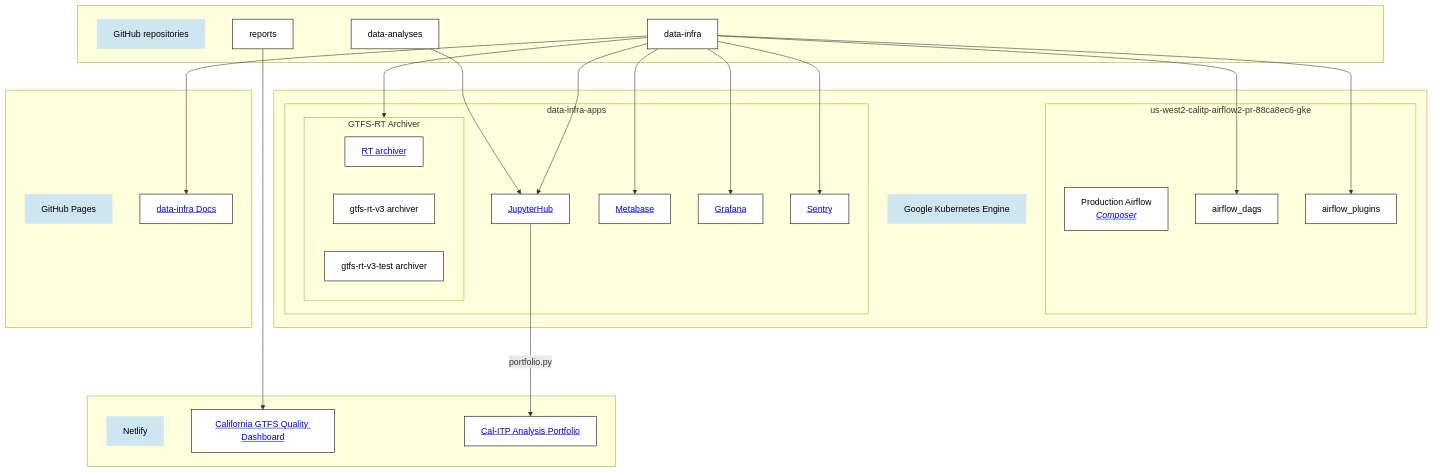
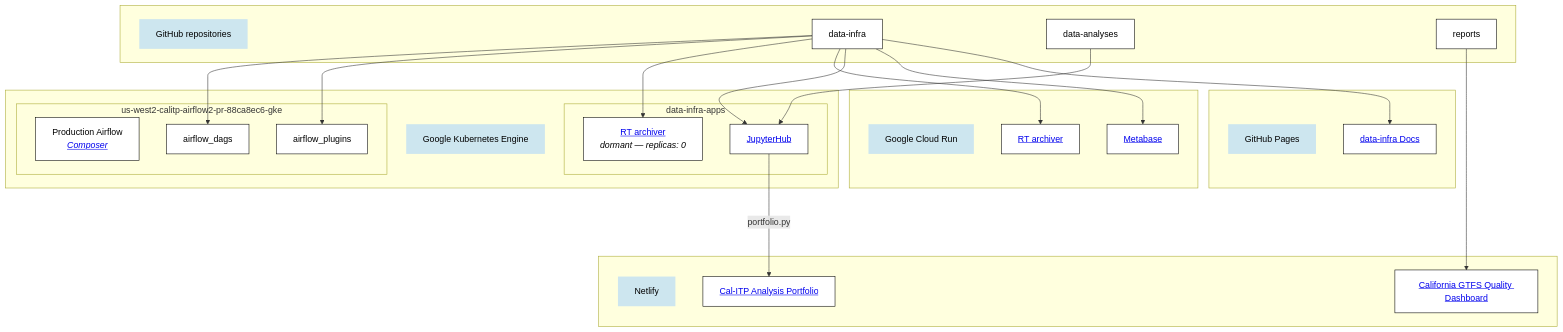
One commit to cal-itp/data-infra changed the diagram in docs/architecture/services.md. Above: the diagram before and after it, drawn with Mermaid. The commit also changed other lines of this file and 12 other files, not shown here.

````diff
--- a/docs/architecture/services.md
+++ b/docs/architecture/services.md
@@ -26,57 +24,55 @@
 ```{mermaid}
 flowchart TD
 %% note that you seemingly cannot have a subgraph that only contains other subgraphs
 %% so I am using "label" nodes to make sure each subgraph has at least one direct child
     subgraph repos[ ]
         repos_label[GitHub repositories]
         data_infra_repo[data-infra]
         data_analyses_repo[data-analyses]
         reports_repo[reports]
     end
     subgraph kubernetes[ ]
         kubernetes_label[Google Kubernetes Engine]
         subgraph airflow[us-west2-calitp-airflow2-pr-88ca8ec6-gke]
             airflow_label[Production Airflow <br><i><a href='https://console.cloud.google.com/composer/environments?project=cal-itp-data-infra&supportedpurview=project'>Composer</a></i>]
             airflow_dags
             airflow_plugins
         end
         subgraph data_infra_apps_cluster[data-infra-apps]
-            subgraph rt_archiver[GTFS-RT Archiver]
-                rt_archiver_label[<a href='https://github.com/cal-itp/data-infra/tree/main/services/gtfs-rt-archiver-v3'>RT archiver</a>]
-                prod_rt_archiver[gtfs-rt-v3 archiver]
-                test_rt_archiver[gtfs-rt-v3-test archiver]
-            end
+            rt_archiver[<a href='https://github.com/cal-itp/data-infra/tree/main/services/gtfs-rt-archiver-v3'>RT archiver</a><br/><i>dormant — replicas: 0</i>]
             jupyterhub[<a href='https://jupyterhub.dds.dot.ca.gov'>JupyterHub</a>]
-            metabase[<a href='https://metabase.dds.dot.ca.gov'>Metabase</a>]
-            grafana[<a href='https://monitoring.calitp.org'>Grafana</a>]
-            sentry[<a href='https://sentry.calitp.org'>Sentry</a>]
         end
+    end
+
+    subgraph cloud_run[ ]
+        cloud_run_label[Google Cloud Run]
+        metabase[<a href='https://metabase.dds.dot.ca.gov'>Metabase</a>]
+        rt_archiver_cloud_run[<a href='https://github.com/cal-itp/data-infra/tree/main/services/gtfs-rt-archiver'>RT archiver</a>]
     end
 
     subgraph netlify[ ]
         netlify_label[Netlify]
         reports_website[<a href='https://reports.calitp.org'>California GTFS Quality Dashboard</a>]
         analysis_portfolio[<a href='https://analysis.calitp.org'>Cal-ITP Analysis Portfolio</a>]
     end
 
     subgraph github_pages[ ]
         github_pages_label[GitHub Pages]
         data_infra_docs[<a href='https://docs.calitp.org/data-infra'>data-infra Docs</a>]
     end
 
 data_infra_repo --> airflow_dags
 data_infra_repo --> airflow_plugins
 data_infra_repo --> rt_archiver
+data_infra_repo --> rt_archiver_cloud_run
 data_infra_repo --> jupyterhub
 data_infra_repo --> metabase
-data_infra_repo --> grafana
-data_infra_repo --> sentry
 
 data_infra_repo --> data_infra_docs
 data_analyses_repo --> jupyterhub --->|portfolio.py| analysis_portfolio
 reports_repo --> reports_website
 
 classDef default fill:white, color:black, stroke:black, stroke-width:1px
 classDef group_labelstyle fill:#cde6ef, color:black, stroke-width:0px
-class repos_label,kubernetes_label,netlify_label,github_pages_label group_labelstyle
+class repos_label,kubernetes_label,netlify_label,github_pages_label,cloud_run_label group_labelstyle
 ```
````
